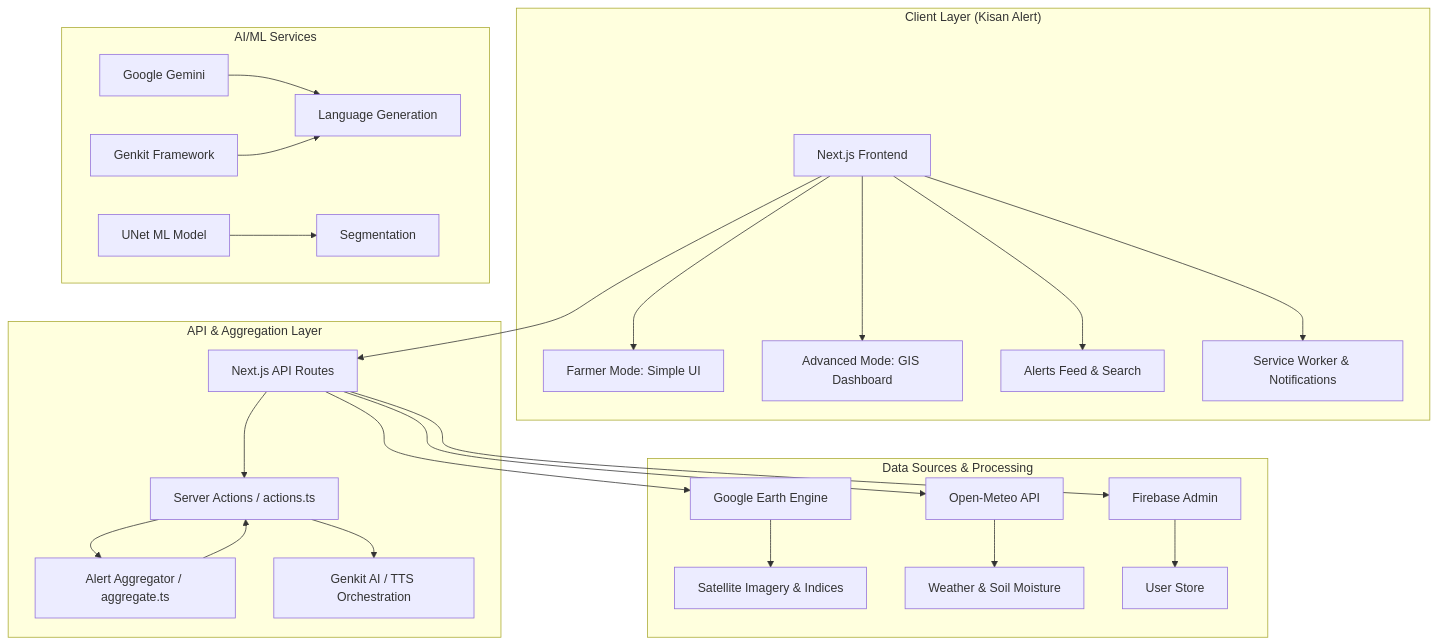
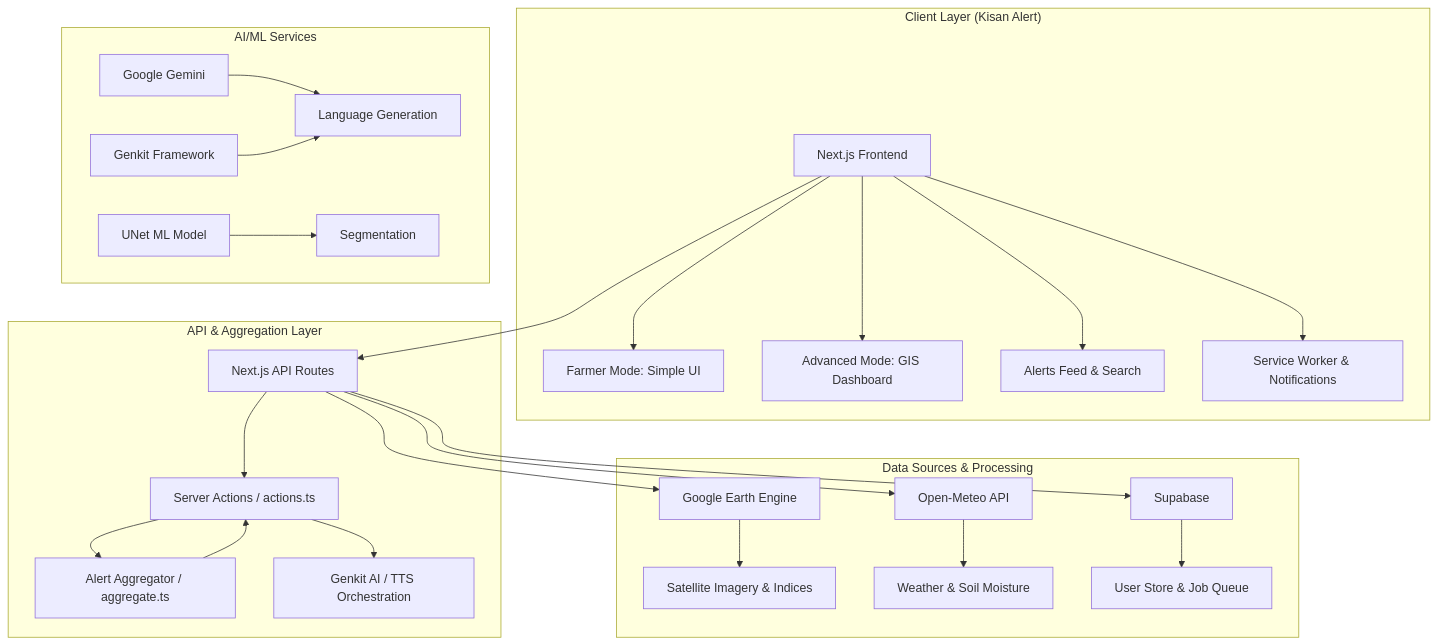
The tenth of 12 diagrams in README.md (ArrinPaul/Kisan-Portal), drawn with Mermaid before and after one commit. The commit also changed other lines of this file and 13 other files, not shown here.

Commit message:
feat: migrate job tracking from Firestore to Supabase with new async jobs table and related functions

````diff
--- a/README.md
+++ b/README.md
@@ -493,33 +493,33 @@
 ```mermaid
 graph TB
     subgraph "Client Layer (Kisan Alert)"
         A[Next.js Frontend] --> B[Farmer Mode: Simple UI]
         A --> C[Advanced Mode: GIS Dashboard]
         A --> D[Alerts Feed & Search]
         A --> E[Service Worker & Notifications]
     end
 
     subgraph "API & Aggregation Layer"
         F[Next.js API Routes] --> G[Server Actions / actions.ts]
         G --> H[Alert Aggregator / aggregate.ts]
         G --> I[Genkit AI / TTS Orchestration]
     end
 
     subgraph "Data Sources & Processing"
         J[Google Earth Engine] --> K[Satellite Imagery & Indices]
         L[Open-Meteo API] --> M[Weather & Soil Moisture]
-        N[Firebase Admin] --> O[User Store]
+        N[Supabase] --> O[User Store & Job Queue]
     end
 
     subgraph "AI/ML Services"
         P[Google Gemini] --> Q[Language Generation]
         R[Genkit Framework] --> Q
         S[UNet ML Model] --> T[Segmentation]
     end
 
     A --> F
     F --> J
     F --> L
     F --> N
     H --> G
 ```
````
